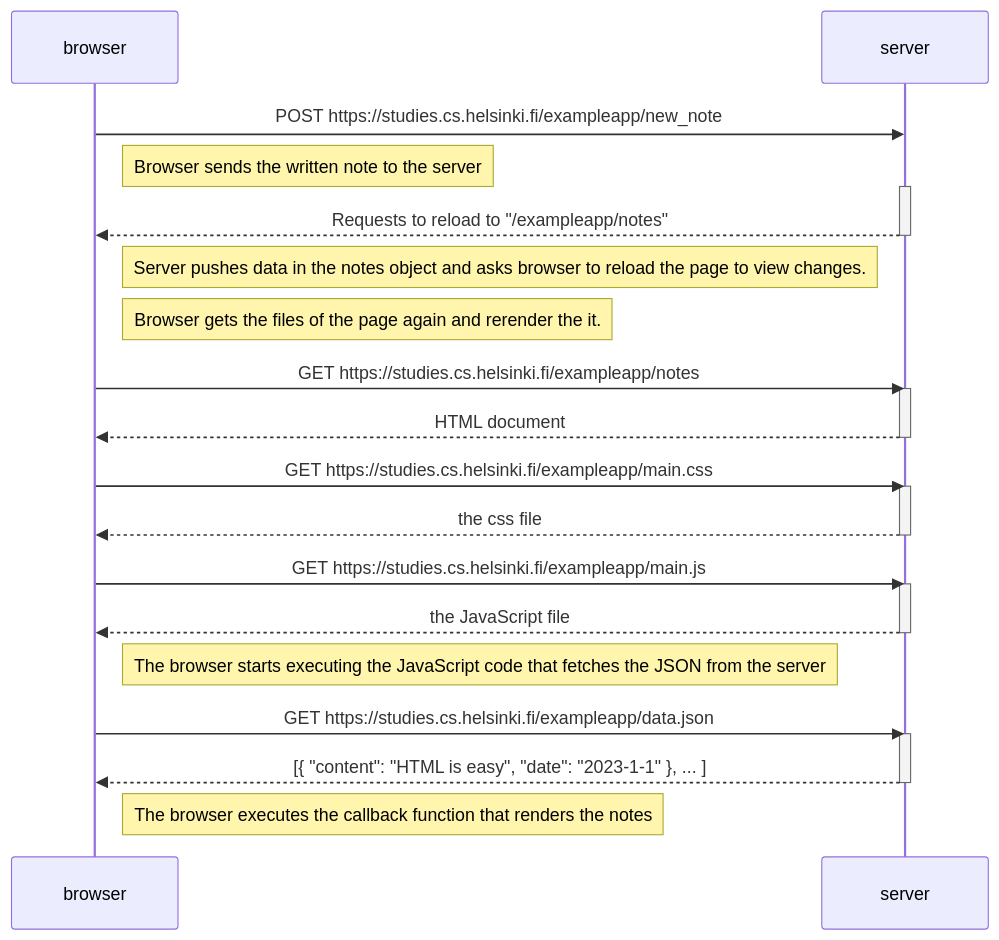
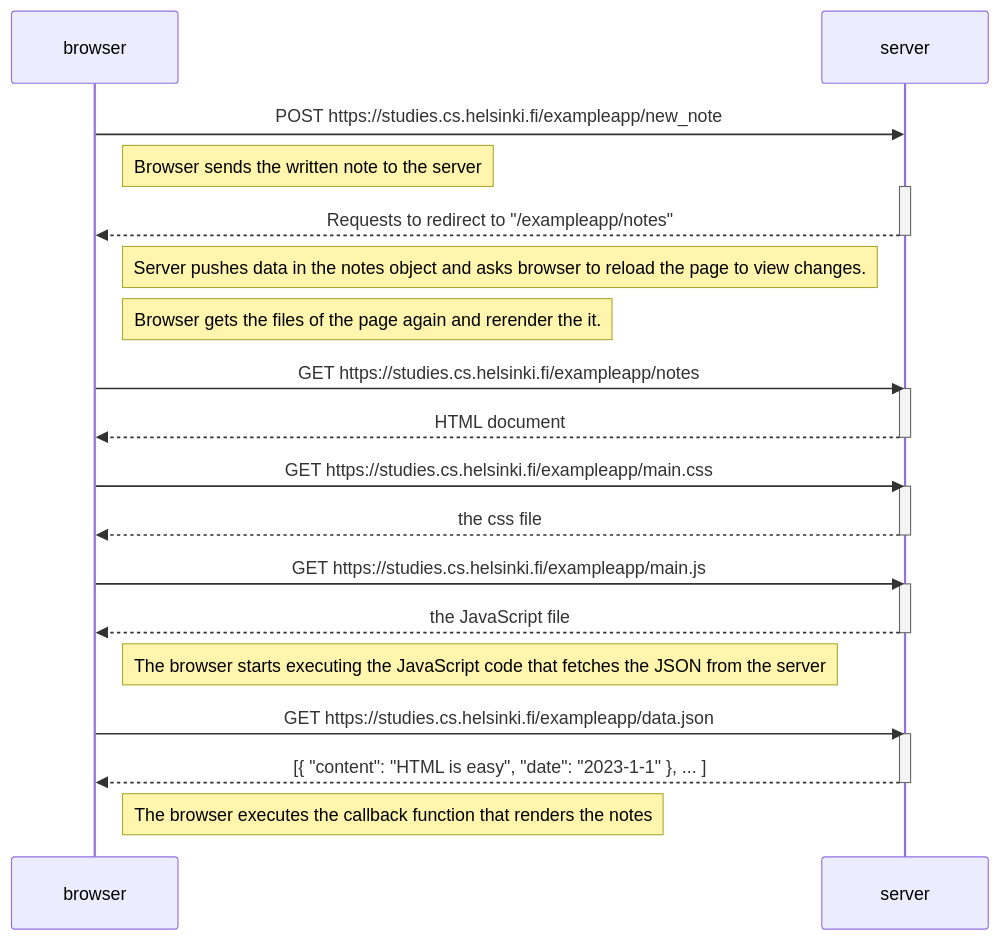
Before and after one commit to ahmedsiam0/FullStackOpen: the diagram in part0/diagram-0.4.md, drawn with Mermaid.

````diff
--- a/part0/diagram-0.4.md
+++ b/part0/diagram-0.4.md
@@ -1,35 +1,35 @@
 ```mermaid
 sequenceDiagram
     participant browser
     participant server
     browser->>server: POST https://studies.cs.helsinki.fi/exampleapp/new_note
     Note right of browser: Browser sends the written note to the server
     activate server
-    server-->>browser: Requests to reload to "/exampleapp/notes"
+    server-->>browser: Requests to redirect to "/exampleapp/notes"
     deactivate server
     note left of server: Server pushes data in the notes object and asks browser to reload the page to view changes.
 
     note right of browser: Browser gets the files of the page again and rerender the it.
     browser->>server: GET https://studies.cs.helsinki.fi/exampleapp/notes
     activate server
     server-->>browser: HTML document
     deactivate server
     browser->>server: GET https://studies.cs.helsinki.fi/exampleapp/main.css
     activate server
     server-->>browser: the css file
     deactivate server
 
     browser->>server: GET https://studies.cs.helsinki.fi/exampleapp/main.js
     activate server
     server-->>browser: the JavaScript file
     deactivate server
 
     Note right of browser: The browser starts executing the JavaScript code that fetches the JSON from the server
 
     browser->>server: GET https://studies.cs.helsinki.fi/exampleapp/data.json
     activate server
     server-->>browser: [{ "content": "HTML is easy", "date": "2023-1-1" }, ... ]
     deactivate server
 
     Note right of browser: The browser executes the callback function that renders the notes
 ``` 
````
